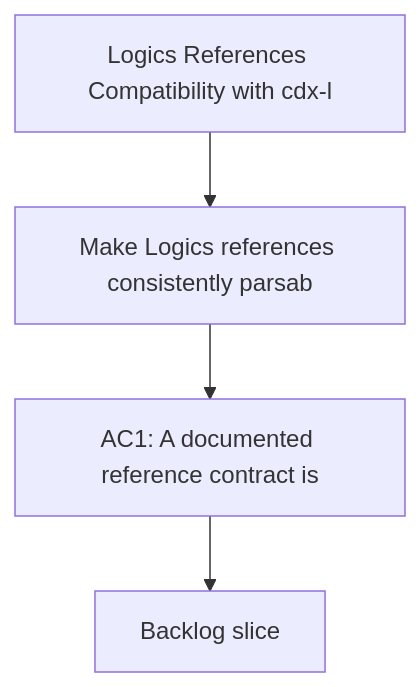
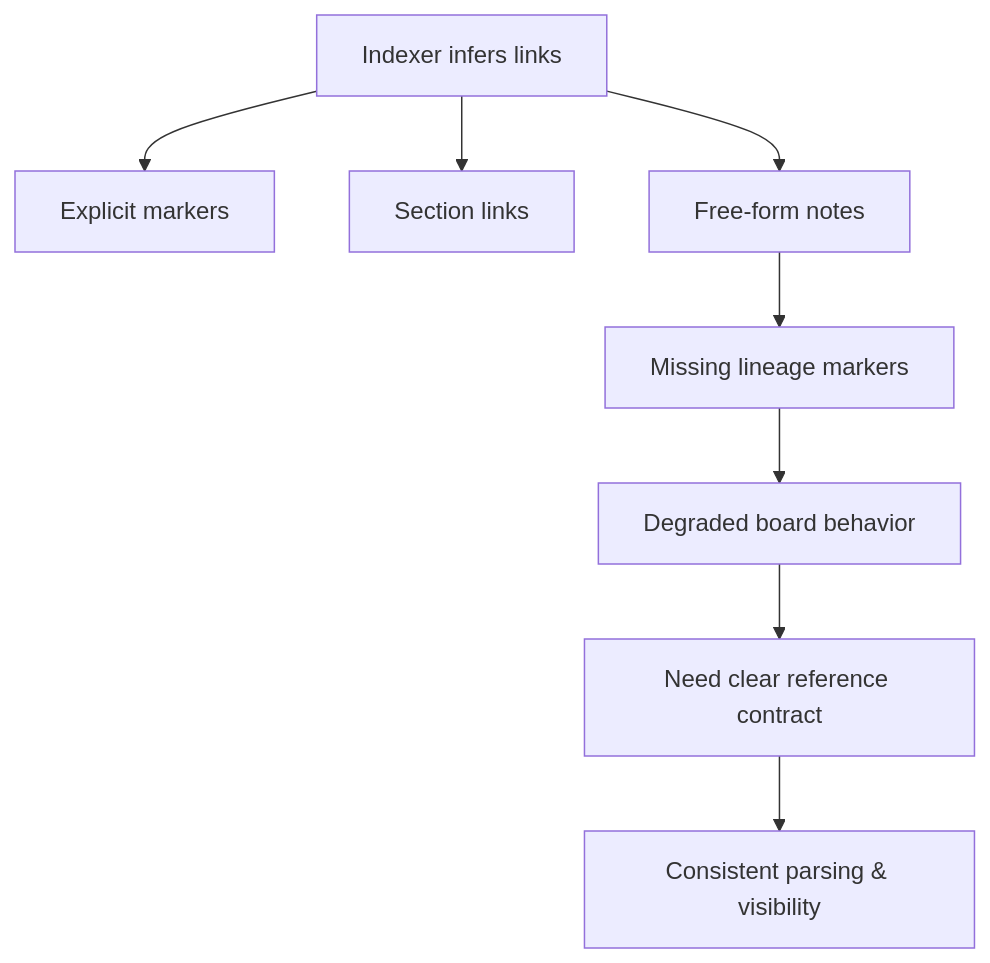
The diagram in logics/request/req_007_logics_references_compatibility_with_cdx_logics_vscode.md (AlexAgo83/logics-manager), drawn with Mermaid before and after one commit. The commit also changed other lines of this file and 54 other files, not shown here.

````diff
--- a/logics/request/req_007_logics_references_compatibility_with_cdx_logics_vscode.md
+++ b/logics/request/req_007_logics_references_compatibility_with_cdx_logics_vscode.md
@@ -10,8 +10,12 @@
 ```mermaid
 %% logics-kind: request
 %% logics-signature: request|logics-references-compatibility-with-cdx|make-logics-references-consistently-pars|ac1-a-documented-reference-contract-is
 flowchart TD
-    Trigger[Logics References Compatibility with cdx-l] --> Need[Make Logics references consistently parsab]
-    Need --> Outcome[AC1: A documented reference contract is]
-    Outcome --> Backlog[Backlog slice]
+  A[Indexer infers links] --> B[Explicit markers]
+  A --> C[Section links]
+  A --> D[Free-form notes]
+  D --> E[Missing lineage markers]
+  E --> F[Degraded board behavior]
+  F --> G[Need clear reference contract]
+  G --> H[Consistent parsing & visibility]
 ```
````
